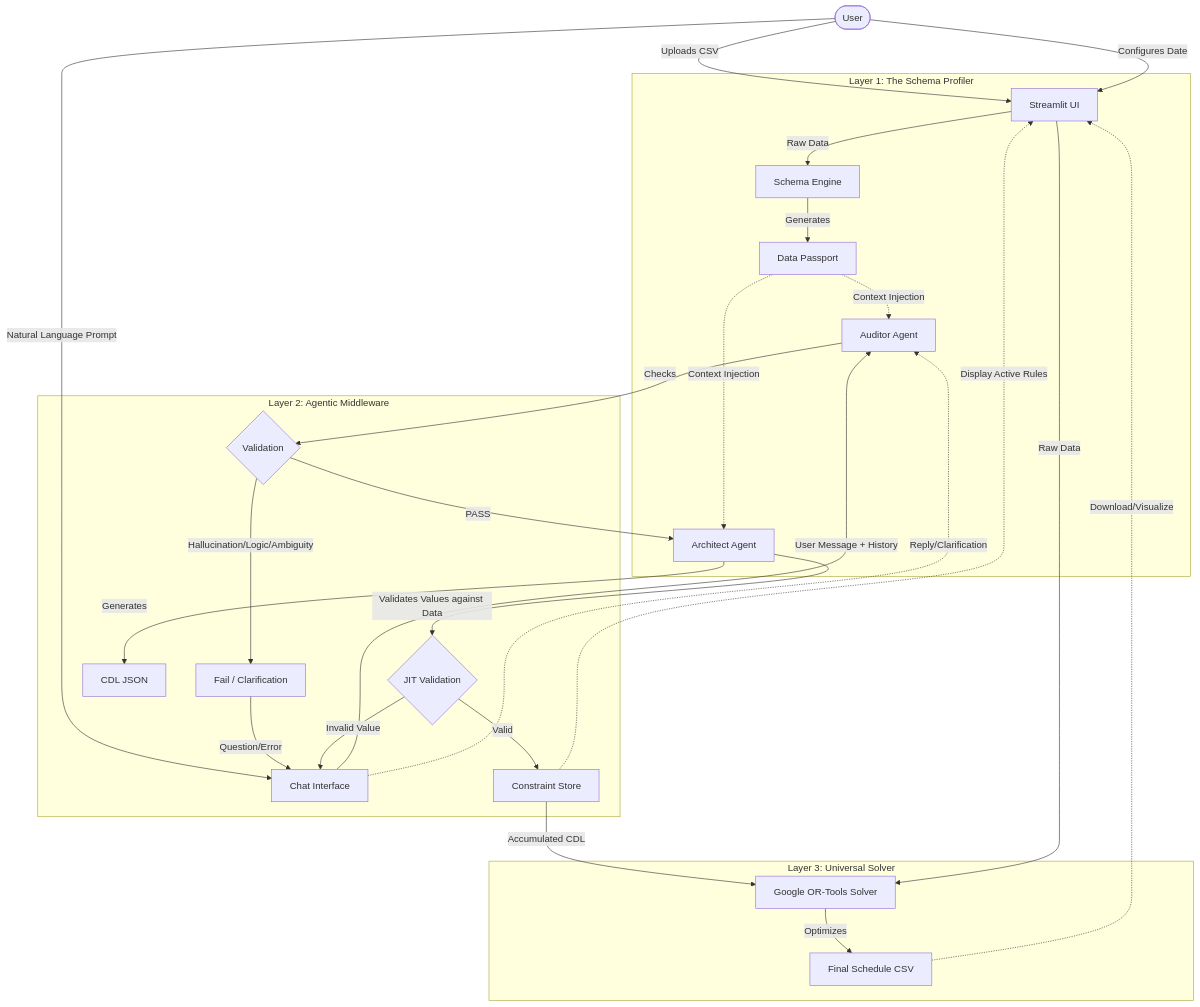
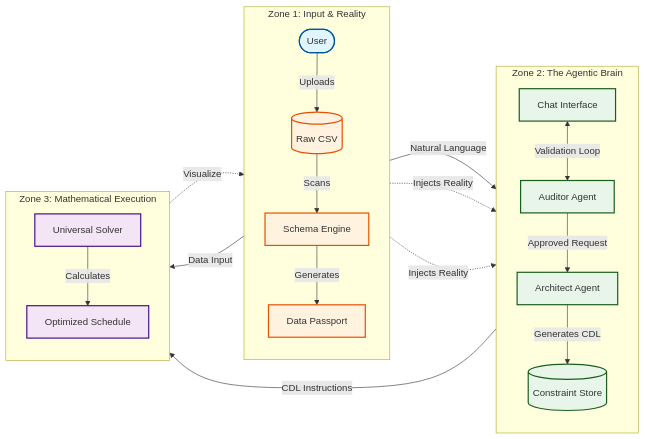
The diagram in ARCHITECTURE.md (saurabh1604/Universal_Planner), drawn with Mermaid before and after one commit. The commit also changed other lines of this file, not shown here.

Commit message:
Refine Architecture Diagram and Finalize Middleware Integration
- Updated `ARCHITECTURE.md`: Created a simplified, formal Left-to-Right Mermaid diagram organized into clear zones (Input, Brain, Execution) for better readability.
- Finalized `auditor.py`, `architect.py`, and `app.py`: Confirmed all context handling (History, Date) and API integration logic is robust and adheres to the "Real LLM" requirement.
- Confirmed `solver.py` integration.
- Codebase is clean and ready for deployment.

````diff
--- a/ARCHITECTURE.md
+++ b/ARCHITECTURE.md
@@ -7,46 +7,60 @@
 ```mermaid
-graph TD
-    %% User Inputs
-    User([User]) -->|Uploads CSV| UI[Streamlit UI]
-    User -->|Configures Date| UI
-    User -->|Natural Language Prompt| Chat[Chat Interface]
+graph LR
+    %% STYLING
+    classDef user fill:#e1f5fe,stroke:#01579b,stroke-width:2px;
+    classDef context fill:#fff3e0,stroke:#e65100,stroke-width:2px;
+    classDef intelligence fill:#e8f5e9,stroke:#1b5e20,stroke-width:2px;
+    classDef execution fill:#f3e5f5,stroke:#4a148c,stroke-width:2px;
 
-    %% Layer 1: Schema Profiler
-    subgraph "Layer 1: The Schema Profiler"
-        UI -->|Raw Data| Profiler[Schema Engine]
-        Profiler -->|Generates| Passport[Data Passport]
-        Passport -.->|Context Injection| Auditor
-        Passport -.->|Context Injection| Architect
+    %% -----------------------------
+    %% ZONE 1: INPUT & CONTEXT
+    %% -----------------------------
+    subgraph "Zone 1: Input & Reality"
+        direction TB
+        User([User]):::user
+        RawData[(Raw CSV)]:::context
+
+        Profiler[Schema Engine]:::context
+        Passport[Data Passport]:::context
+
+        User -->|Uploads| RawData
+        RawData -->|Scans| Profiler
+        Profiler -->|Generates| Passport
     end
 
-    %% Layer 2: Agentic Middleware
-    subgraph "Layer 2: Agentic Middleware"
-        Chat -->|User Message + History| Auditor[Auditor Agent]
+    %% -----------------------------
+    %% ZONE 2: INTELLIGENT MIDDLEWARE
+    %% -----------------------------
+    subgraph "Zone 2: The Agentic Brain"
+        direction TB
+        Chat[Chat Interface]:::intelligence
+        Auditor[Auditor Agent]:::intelligence
+        Architect[Architect Agent]:::intelligence
+        Rules[(Constraint Store)]:::intelligence
 
-        %% Auditor Logic
-        Auditor -->|Checks| Checks{Validation}
-        Checks -->|Hallucination/Logic/Ambiguity| Fail[Fail / Clarification]
-        Fail -->|Question/Error| Chat
-        Chat -.->|Reply/Clarification| Auditor
+        User -->|Natural Language| Chat
+        Passport -.->|Injects Reality| Auditor
+        Passport -.->|Injects Reality| Architect
 
-        %% Architect Logic
-        Checks -->|PASS| Architect[Architect Agent]
-        Architect -->|Generates| CDL[CDL JSON]
-
-        %% JIT Validation
-        Architect -->|Validates Values against Data| JIT{JIT Validation}
-        JIT -->|Invalid Value| Chat
-        JIT -->|Valid| Store[Constraint Store]
+        %% The Interaction Loop
+        Chat <-->|Validation Loop| Auditor
+        Auditor -->|Approved Request| Architect
+        Architect -->|Generates CDL| Rules
     end
 
-    %% Layer 3: Universal Solver
-    subgraph "Layer 3: Universal Solver"
-        Store -->|Accumulated CDL| Solver[Google OR-Tools Solver]
-        UI -->|Raw Data| Solver
-        Solver -->|Optimizes| Schedule[Final Schedule CSV]
+    %% -----------------------------
+    %% ZONE 3: EXECUTION CORE
+    %% -----------------------------
+    subgraph "Zone 3: Mathematical Execution"
+        direction TB
+        Solver[Universal Solver]:::execution
+        Schedule[Optimized Schedule]:::execution
+
+        Rules -->|CDL Instructions| Solver
+        RawData -->|Data Input| Solver
+        Solver -->|Calculates| Schedule
     end
 
-    %% Visuals
-    Store -.->|Display Active Rules| UI
-    Schedule -.->|Download/Visualize| UI
+    %% FEEDBACK
+    Schedule -.->|Visualize| User
 ```
````
